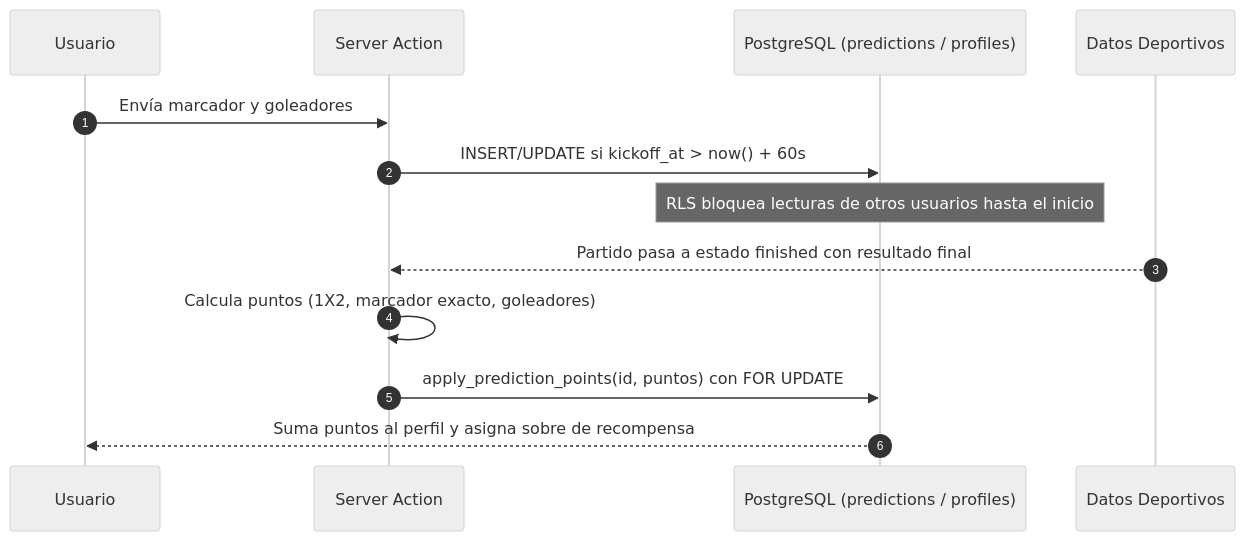
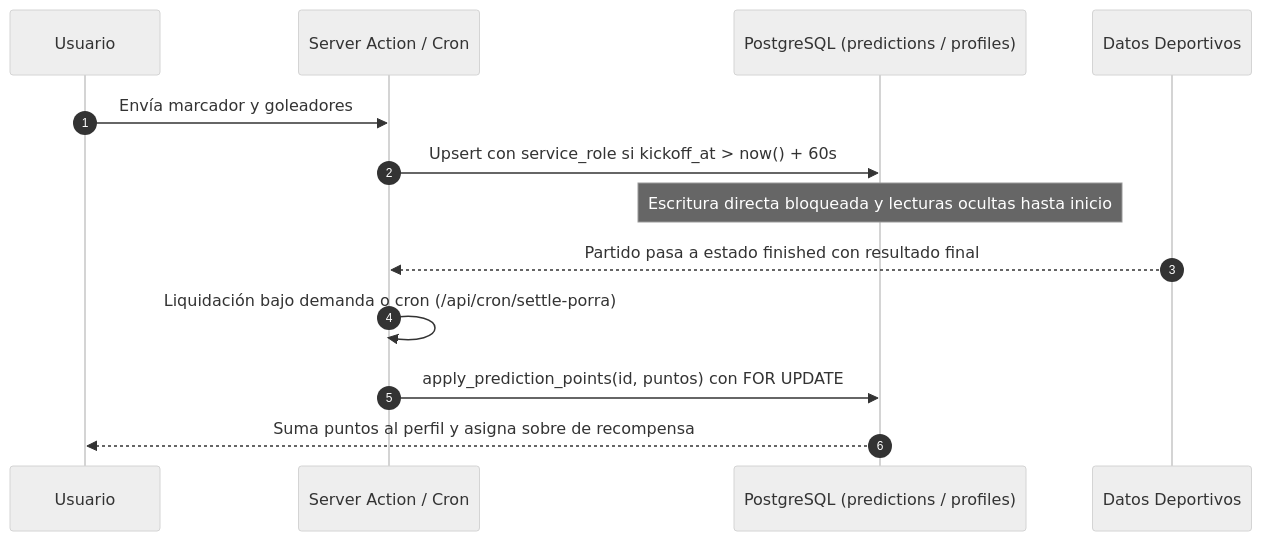
One commit to MarcoLorenzoMartinez/mareona changed diagram 23 of 32 in docs/MEMORIA_TECNICA.md. Above: the diagram before and after it, drawn with Mermaid (neutral theme). The commit also changed other lines of this file and 4 other files, not shown here.

````diff
--- a/docs/MEMORIA_TECNICA.md
+++ b/docs/MEMORIA_TECNICA.md
@@ -994,16 +994,16 @@
 ```mermaid
 sequenceDiagram
     autonumber
     participant U as Usuario
-    participant SA as Server Action
+    participant SA as Server Action / Cron
     participant DB as PostgreSQL (predictions / profiles)
     participant Sports as Datos Deportivos
 
     U->>SA: Envía marcador y goleadores
-    SA->>DB: INSERT/UPDATE si kickoff_at > now() + 60s
-    Note over DB: RLS bloquea lecturas de otros usuarios hasta el inicio
+    SA->>DB: Upsert con service_role si kickoff_at > now() + 60s
+    Note over DB: Escritura directa bloqueada y lecturas ocultas hasta inicio
     Sports-->>SA: Partido pasa a estado finished con resultado final
-    SA->>SA: Calcula puntos (1X2, marcador exacto, goleadores)
+    SA->>SA: Liquidación bajo demanda o cron (/api/cron/settle-porra)
     SA->>DB: apply_prediction_points(id, puntos) con FOR UPDATE
     DB-->>U: Suma puntos al perfil y asigna sobre de recompensa
 ```
````
